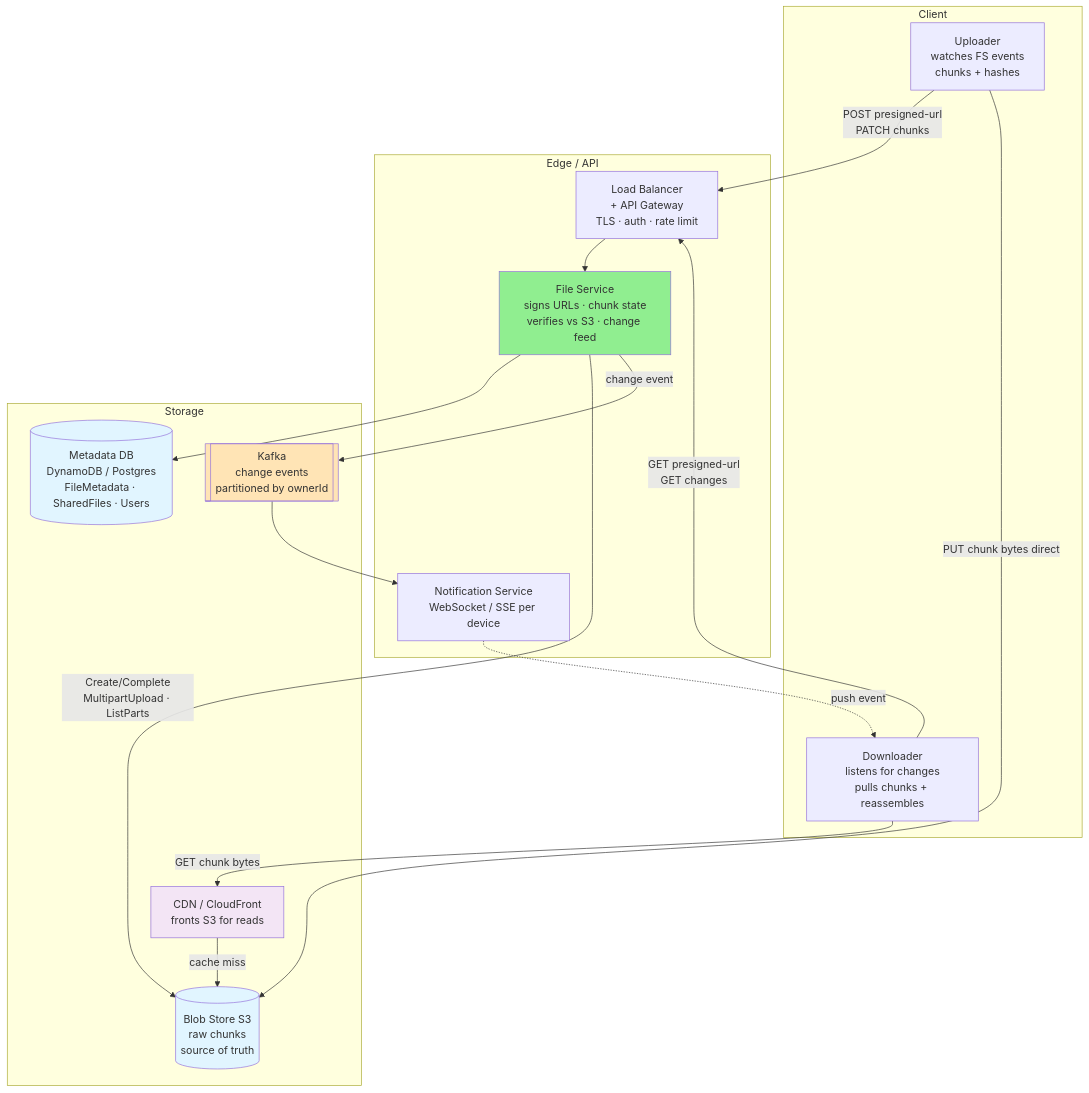
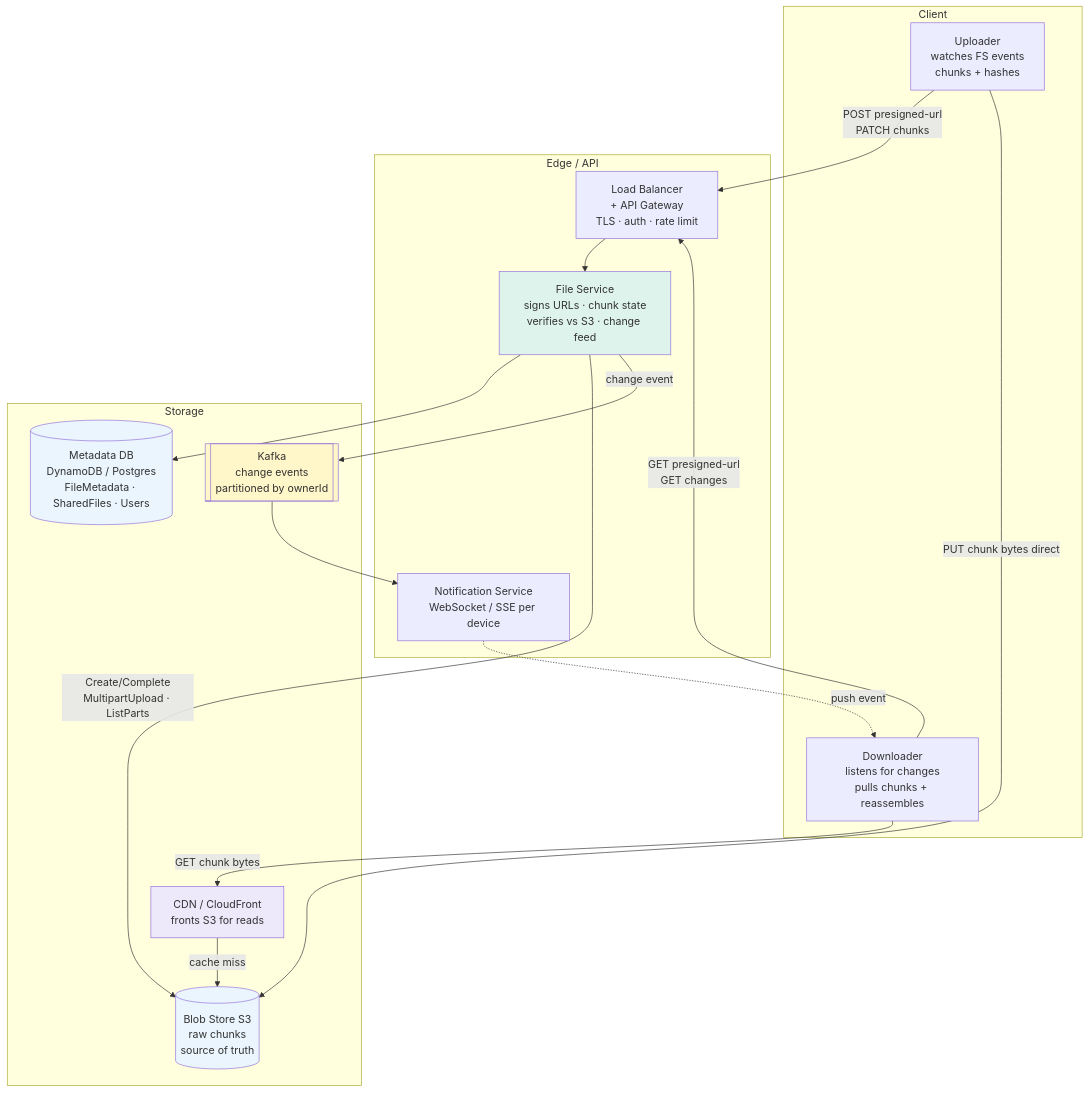
Before and after one commit to cartmancodes/InterviewVault: the second of 8 diagrams in LLD/questions/Design Dropbox.md, drawn with Mermaid. The commit also changed other lines of this file and 679 other files, not shown here.

Commit message:
Unify content diagrams and add accessible visual walkthroughs

````diff
--- a/LLD/questions/Design Dropbox.md
+++ b/LLD/questions/Design Dropbox.md
@@ -175,38 +175,38 @@
 ```mermaid
 graph TB
     subgraph Client
         UP[Uploader<br/>watches FS events<br/>chunks + hashes]
         DN[Downloader<br/>listens for changes<br/>pulls chunks + reassembles]
     end
 
     subgraph "Edge / API"
         LB[Load Balancer<br/>+ API Gateway<br/>TLS · auth · rate limit]
         FS[File Service<br/>signs URLs · chunk state<br/>verifies vs S3 · change feed]
         NS[Notification Service<br/>WebSocket / SSE per device]
     end
 
     subgraph Storage
         META[(Metadata DB<br/>DynamoDB / Postgres<br/>FileMetadata · SharedFiles · Users)]
         S3[(Blob Store S3<br/>raw chunks<br/>source of truth)]
         CDN[CDN / CloudFront<br/>fronts S3 for reads]
         BROKER[[Kafka<br/>change events<br/>partitioned by ownerId]]
     end
 
     UP -->|POST presigned-url<br/>PATCH chunks| LB
     DN -->|GET presigned-url<br/>GET changes| LB
     LB --> FS
     UP -->|PUT chunk bytes direct| S3
     FS --> META
     FS -->|Create/Complete<br/>MultipartUpload · ListParts| S3
     FS -->|change event| BROKER
     BROKER --> NS
     NS -.push event.-> DN
     DN -->|GET chunk bytes| CDN
     CDN -->|cache miss| S3
 
-    style S3 fill:#e1f5ff
-    style META fill:#e1f5ff
-    style CDN fill:#f3e5f5
-    style BROKER fill:#FFE4B5
-    style FS fill:#90EE90
+    style S3 fill:#EAF5FD
+    style META fill:#EAF5FD
+    style CDN fill:#EDE8FA
+    style BROKER fill:#FFF6C9
+    style FS fill:#DDF3EC
 ```
````
